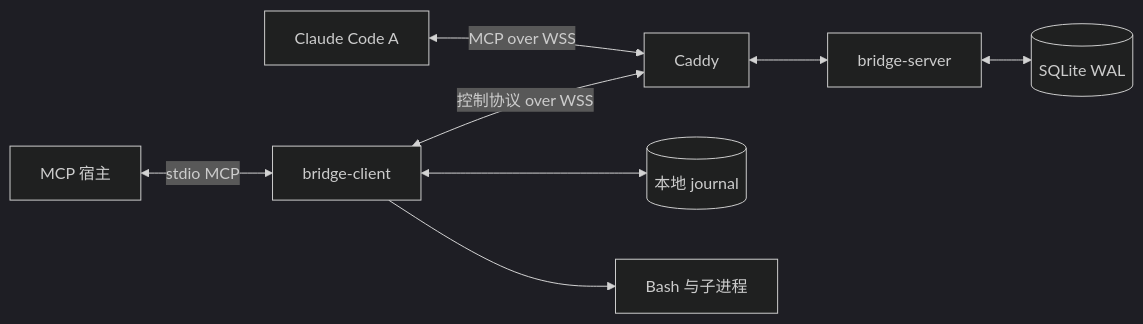
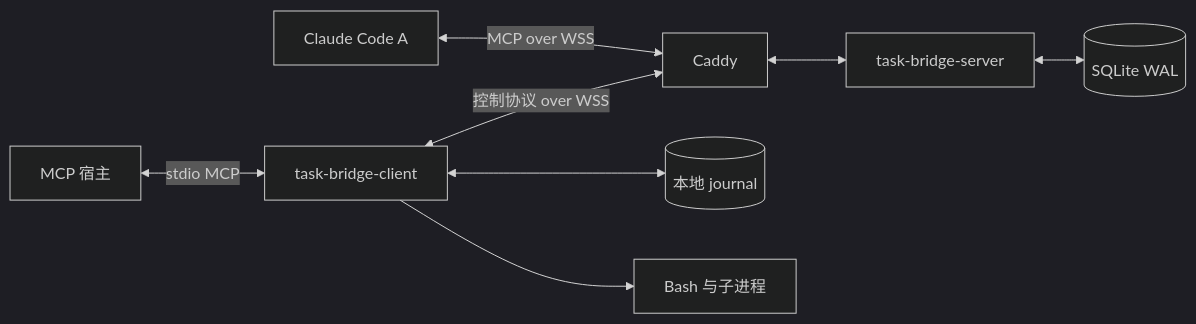
Before and after one commit to Zxilly/task-bridge: the diagram in docs/architecture.md, drawn with Mermaid (dark theme). The commit also changed 17 other files, not shown here.

Commit message:
refactor: rename project and command binaries to Task Bridge

````diff
--- a/docs/architecture.md
+++ b/docs/architecture.md
@@ -5,10 +5,10 @@
 ```mermaid
 flowchart LR
     A[Claude Code A] <-->|MCP over WSS| C[Caddy]
-    C <--> S[bridge-server]
+    C <--> S[task-bridge-server]
     S <--> DB[(SQLite WAL)]
-    B[bridge-client] <-->|控制协议 over WSS| C
+    B[task-bridge-client] <-->|控制协议 over WSS| C
     H[MCP 宿主] <-->|stdio MCP| B
     B <--> J[(本地 journal)]
     B --> E[Bash 与子进程]
 ```
````
